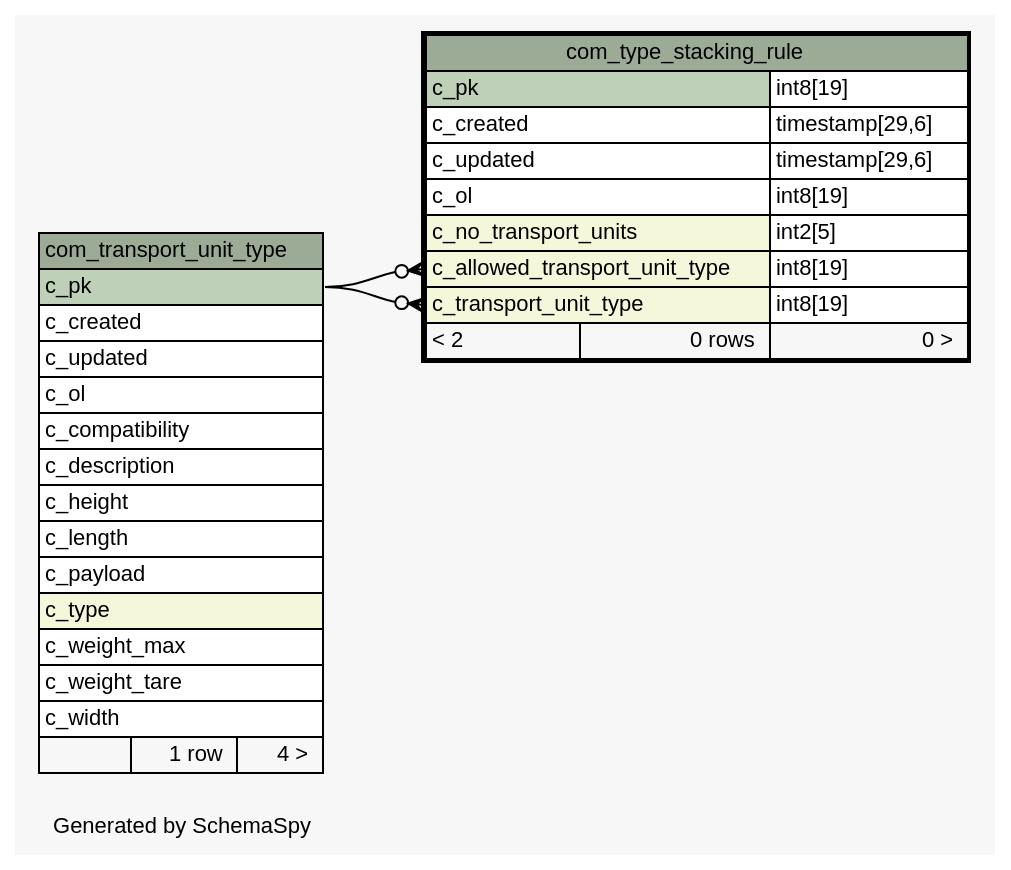
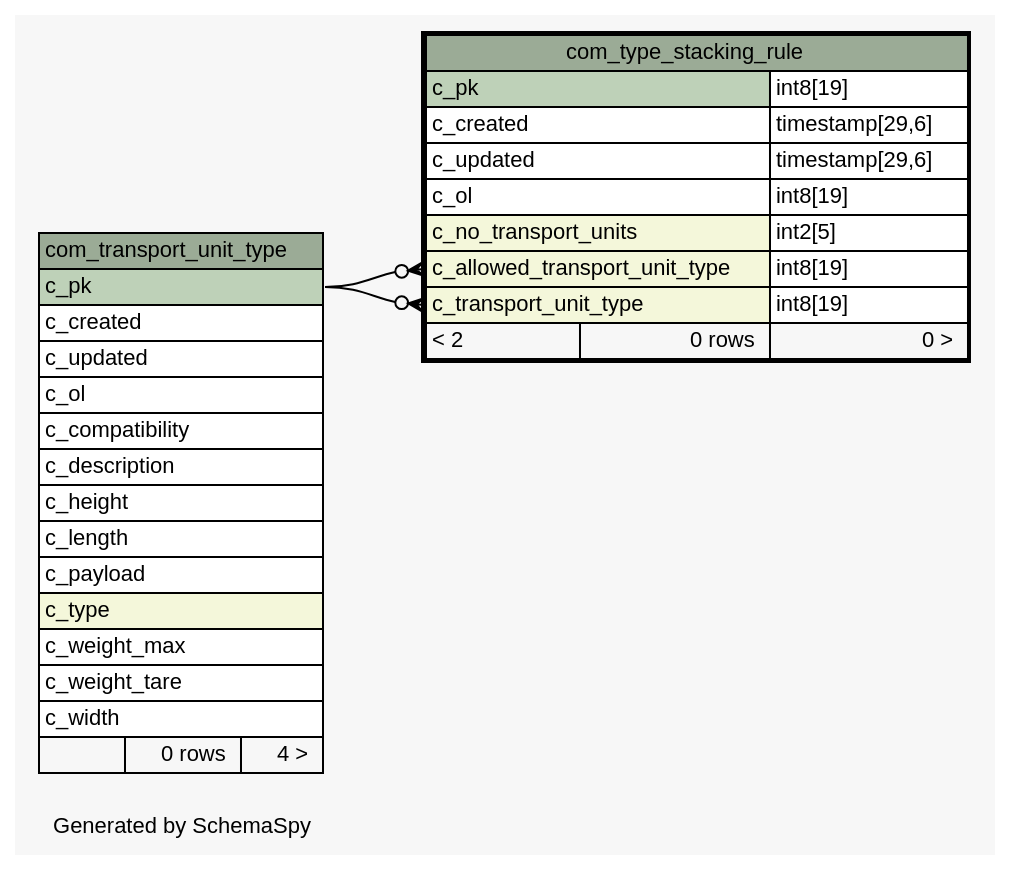
Before and after one commit to openwms/org.openwms.common.service.lib: the diagram in schemaspy/diagrams/com_type_stacking_rule.1degree.dot, drawn with Graphviz. The commit also changed 537 other files, not shown here.

```diff
--- a/schemaspy/diagrams/com_type_stacking_rule.1degree.dot
+++ b/schemaspy/diagrams/com_type_stacking_rule.1degree.dot
@@ -1,62 +1,62 @@
-// dot 2.36.0 on Linux 4.4.0-101-generic
+// dot 2.38.0 on Linux 4.15.0-1037-gcp
 // SchemaSpy rev Unknown
 digraph "oneDegreeRelationshipsDiagram" {
   graph [
     rankdir="RL"
     bgcolor="#f7f7f7"
     label="\nGenerated by SchemaSpy"
     labeljust="l"
     nodesep="0.18"
     ranksep="0.46"
     fontname="Helvetica"
     fontsize="11"
   ];
   node [
     fontname="Helvetica"
     fontsize="11"
     shape="plaintext"
   ];
   edge [
     arrowsize="0.8"
   ];
   "com_type_stacking_rule":"c_allowed_transport_unit_type":w -> "com_transport_unit_type":"c_pk":e [arrowhead=none dir=back arrowtail=crowodot];
   "com_type_stacking_rule":"c_transport_unit_type":w -> "com_transport_unit_type":"c_pk":e [arrowhead=none dir=back arrowtail=crowodot];
   "com_transport_unit_type" [
     label=<
     <TABLE BORDER="0" CELLBORDER="1" CELLSPACING="0" BGCOLOR="#ffffff">
       <TR><TD COLSPAN="3" BGCOLOR="#9bab96" ALIGN="CENTER">com_transport_unit_type</TD></TR>
       <TR><TD PORT="c_pk" COLSPAN="3" BGCOLOR="#bed1b8" ALIGN="LEFT">c_pk</TD></TR>
       <TR><TD PORT="c_created" COLSPAN="3" ALIGN="LEFT">c_created</TD></TR>
       <TR><TD PORT="c_updated" COLSPAN="3" ALIGN="LEFT">c_updated</TD></TR>
       <TR><TD PORT="c_ol" COLSPAN="3" ALIGN="LEFT">c_ol</TD></TR>
       <TR><TD PORT="c_compatibility" COLSPAN="3" ALIGN="LEFT">c_compatibility</TD></TR>
       <TR><TD PORT="c_description" COLSPAN="3" ALIGN="LEFT">c_description</TD></TR>
       <TR><TD PORT="c_height" COLSPAN="3" ALIGN="LEFT">c_height</TD></TR>
       <TR><TD PORT="c_length" COLSPAN="3" ALIGN="LEFT">c_length</TD></TR>
       <TR><TD PORT="c_payload" COLSPAN="3" ALIGN="LEFT">c_payload</TD></TR>
       <TR><TD PORT="c_type" COLSPAN="3" BGCOLOR="#f4f7da" ALIGN="LEFT">c_type</TD></TR>
       <TR><TD PORT="c_weight_max" COLSPAN="3" ALIGN="LEFT">c_weight_max</TD></TR>
       <TR><TD PORT="c_weight_tare" COLSPAN="3" ALIGN="LEFT">c_weight_tare</TD></TR>
       <TR><TD PORT="c_width" COLSPAN="3" ALIGN="LEFT">c_width</TD></TR>
-      <TR><TD ALIGN="LEFT" BGCOLOR="#f7f7f7">  </TD><TD ALIGN="RIGHT" BGCOLOR="#f7f7f7">1 row</TD><TD ALIGN="RIGHT" BGCOLOR="#f7f7f7">4 &gt;</TD></TR>
+      <TR><TD ALIGN="LEFT" BGCOLOR="#f7f7f7">  </TD><TD ALIGN="RIGHT" BGCOLOR="#f7f7f7">0 rows</TD><TD ALIGN="RIGHT" BGCOLOR="#f7f7f7">4 &gt;</TD></TR>
     </TABLE>>
     URL="com_transport_unit_type.html"
     tooltip="com_transport_unit_type"
   ];
   "com_type_stacking_rule" [
     label=<
     <TABLE BORDER="2" CELLBORDER="1" CELLSPACING="0" BGCOLOR="#ffffff">
       <TR><TD COLSPAN="3" BGCOLOR="#9bab96" ALIGN="CENTER">com_type_stacking_rule</TD></TR>
       <TR><TD PORT="c_pk" COLSPAN="2" BGCOLOR="#bed1b8" ALIGN="LEFT">c_pk</TD><TD PORT="c_pk.type" ALIGN="LEFT">int8[19]</TD></TR>
       <TR><TD PORT="c_created" COLSPAN="2" ALIGN="LEFT">c_created</TD><TD PORT="c_created.type" ALIGN="LEFT">timestamp[29,6]</TD></TR>
       <TR><TD PORT="c_updated" COLSPAN="2" ALIGN="LEFT">c_updated</TD><TD PORT="c_updated.type" ALIGN="LEFT">timestamp[29,6]</TD></TR>
       <TR><TD PORT="c_ol" COLSPAN="2" ALIGN="LEFT">c_ol</TD><TD PORT="c_ol.type" ALIGN="LEFT">int8[19]</TD></TR>
       <TR><TD PORT="c_no_transport_units" COLSPAN="2" BGCOLOR="#f4f7da" ALIGN="LEFT">c_no_transport_units</TD><TD PORT="c_no_transport_units.type" ALIGN="LEFT">int2[5]</TD></TR>
       <TR><TD PORT="c_allowed_transport_unit_type" COLSPAN="2" BGCOLOR="#f4f7da" ALIGN="LEFT">c_allowed_transport_unit_type</TD><TD PORT="c_allowed_transport_unit_type.type" ALIGN="LEFT">int8[19]</TD></TR>
       <TR><TD PORT="c_transport_unit_type" COLSPAN="2" BGCOLOR="#f4f7da" ALIGN="LEFT">c_transport_unit_type</TD><TD PORT="c_transport_unit_type.type" ALIGN="LEFT">int8[19]</TD></TR>
       <TR><TD ALIGN="LEFT" BGCOLOR="#f7f7f7">&lt; 2</TD><TD ALIGN="RIGHT" BGCOLOR="#f7f7f7">0 rows</TD><TD ALIGN="RIGHT" BGCOLOR="#f7f7f7">0 &gt;</TD></TR>
     </TABLE>>
     URL="com_type_stacking_rule.html"
     tooltip="com_type_stacking_rule"
   ];
 }
```
